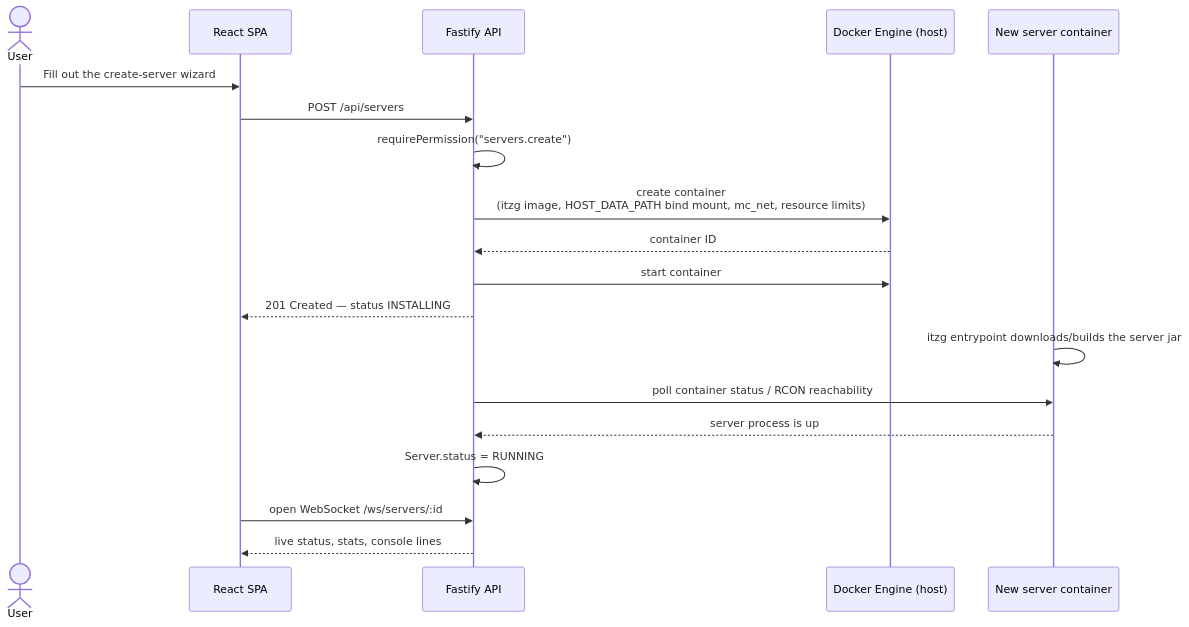
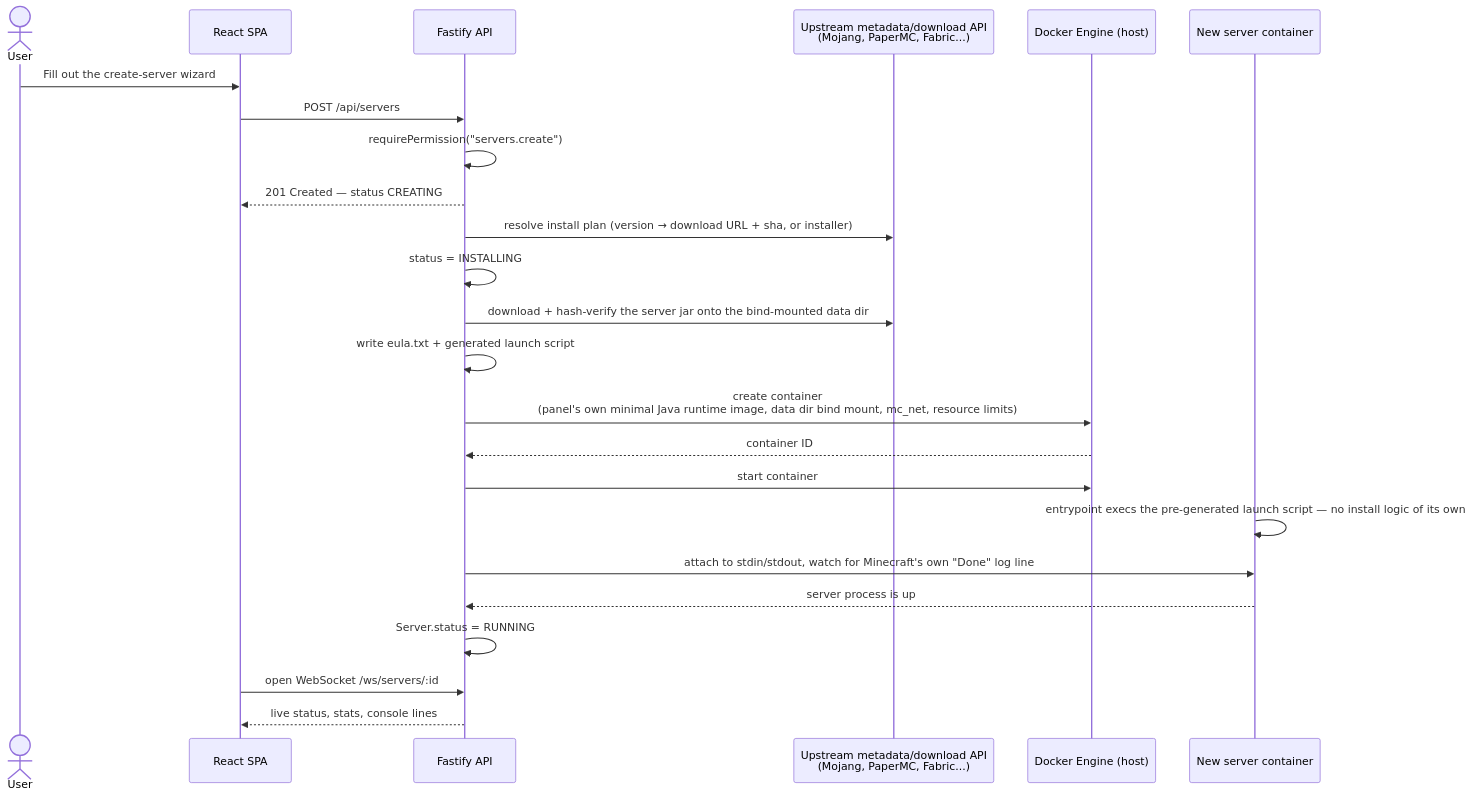
Before and after one commit to nicki41/minecontroller: the second of 3 diagrams in docs/architecture.md, drawn with Mermaid. The commit also changed other lines of this file and 4 other files, not shown here.

First line of the commit message:
Fix docs: describe the actual panel-managed runtime, not the old itzg/RCON one

````diff
--- a/docs/architecture.md
+++ b/docs/architecture.md
@@ -78,22 +78,27 @@
 ```mermaid
 sequenceDiagram
     actor User
     participant Web as React SPA
     participant API as Fastify API
+    participant Ext as Upstream metadata/download API<br/>(Mojang, PaperMC, Fabric...)
     participant Docker as Docker Engine (host)
     participant MC as New server container
 
     User->>Web: Fill out the create-server wizard
     Web->>API: POST /api/servers
     API->>API: requirePermission("servers.create")
-    API->>Docker: create container<br/>(itzg image, HOST_DATA_PATH bind mount, mc_net, resource limits)
+    API-->>Web: 201 Created — status CREATING
+    API->>Ext: resolve install plan (version → download URL + sha, or installer)
+    API->>API: status = INSTALLING
+    API->>Ext: download + hash-verify the server jar onto the bind-mounted data dir
+    API->>API: write eula.txt + generated launch script
+    API->>Docker: create container<br/>(panel's own minimal Java runtime image, data dir bind mount, mc_net, resource limits)
     Docker-->>API: container ID
     API->>Docker: start container
-    API-->>Web: 201 Created — status INSTALLING
-    MC->>MC: itzg entrypoint downloads/builds the server jar
-    API->>MC: poll container status / RCON reachability
+    MC->>MC: entrypoint execs the pre-generated launch script — no install logic of its own
+    API->>MC: attach to stdin/stdout, watch for Minecraft's own "Done" log line
     MC-->>API: server process is up
     API->>API: Server.status = RUNNING
     Web->>API: open WebSocket /ws/servers/:id
     API-->>Web: live status, stats, console lines
 ```
````
